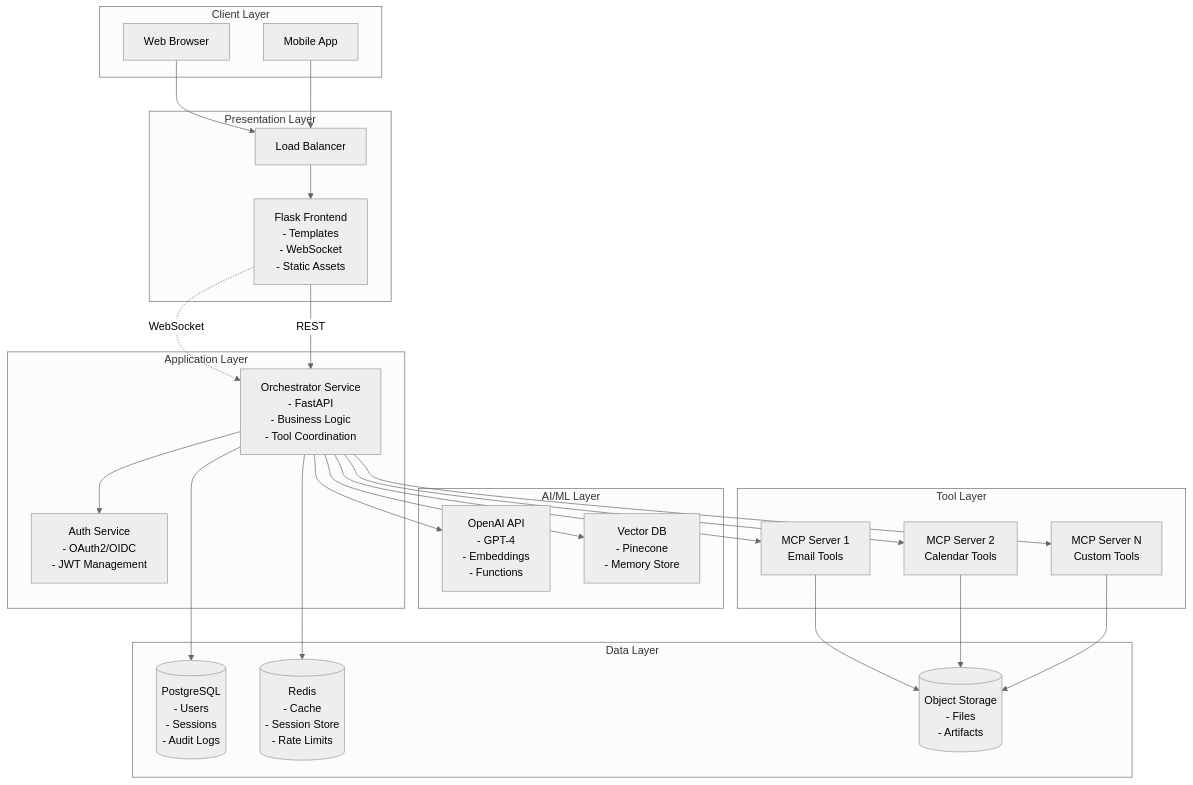
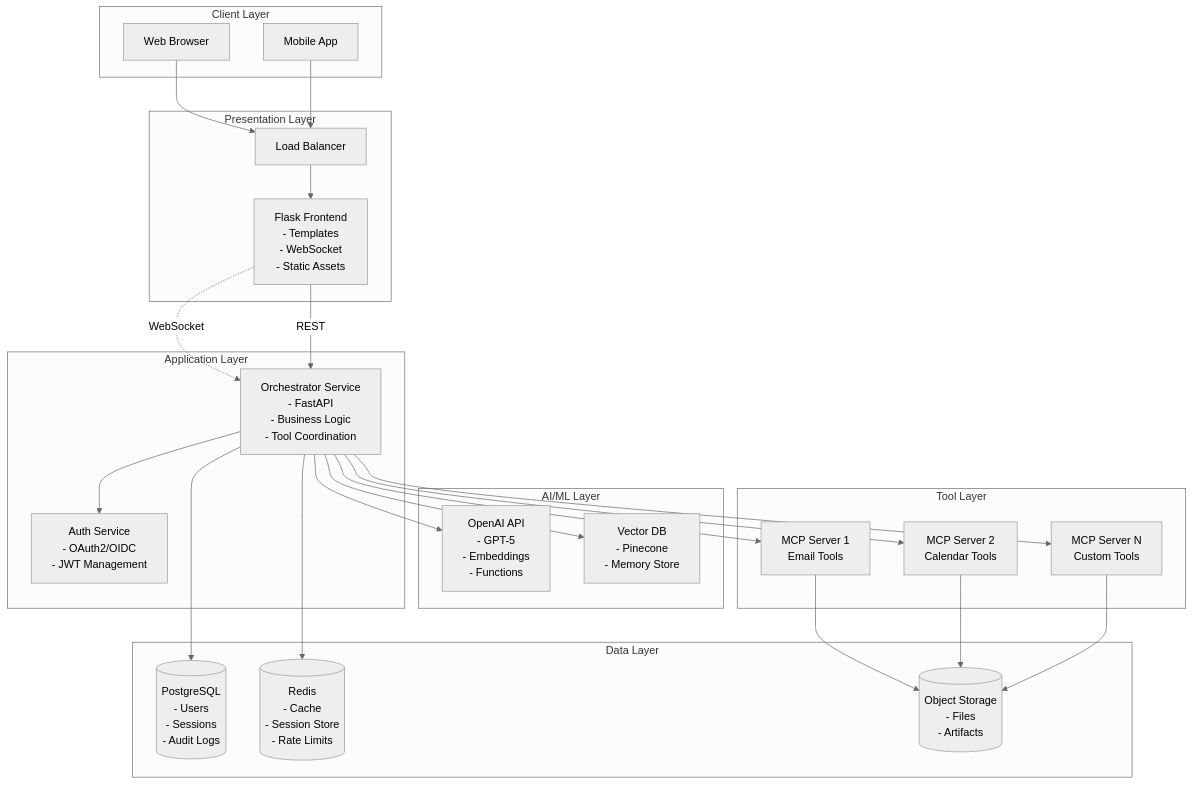
One commit to TSGCFO/openai-practice-app changed the first of 7 diagrams in docs/system_architecture.md. Above: the diagram before and after it, drawn with Mermaid (neutral theme). The commit also changed 7 other files, not shown here.

First line of the commit message:
Update OpenAI model references from GPT-4 to GPT-5

````diff
--- a/docs/system_architecture.md
+++ b/docs/system_architecture.md
@@ -73,51 +73,51 @@
 ```mermaid
 graph TB
     subgraph "Client Layer"
         Browser[Web Browser]
         Mobile[Mobile App]
     end
     
     subgraph "Presentation Layer"
         LB[Load Balancer]
         Flask[Flask Frontend<br/>- Templates<br/>- WebSocket<br/>- Static Assets]
     end
     
     subgraph "Application Layer"
         Orch[Orchestrator Service<br/>- FastAPI<br/>- Business Logic<br/>- Tool Coordination]
         Auth[Auth Service<br/>- OAuth2/OIDC<br/>- JWT Management]
     end
     
     subgraph "AI/ML Layer"
-        OpenAI[OpenAI API<br/>- GPT-4<br/>- Embeddings<br/>- Functions]
+        OpenAI[OpenAI API<br/>- GPT-5<br/>- Embeddings<br/>- Functions]
         Vector[Vector DB<br/>- Pinecone<br/>- Memory Store]
     end
     
     subgraph "Tool Layer"
         MCP1[MCP Server 1<br/>Email Tools]
         MCP2[MCP Server 2<br/>Calendar Tools]
         MCP3[MCP Server N<br/>Custom Tools]
     end
     
     subgraph "Data Layer"
         PG[(PostgreSQL<br/>- Users<br/>- Sessions<br/>- Audit Logs)]
         Redis[(Redis<br/>- Cache<br/>- Session Store<br/>- Rate Limits)]
         S3[(Object Storage<br/>- Files<br/>- Artifacts)]
     end
     
     Browser --> LB
     Mobile --> LB
     LB --> Flask
     Flask -.->|WebSocket| Orch
     Flask -->|REST| Orch
     Orch --> Auth
     Orch --> OpenAI
     Orch --> Vector
     Orch --> MCP1
     Orch --> MCP2
     Orch --> MCP3
     Orch --> PG
     Orch --> Redis
     MCP1 --> S3
     MCP2 --> S3
     MCP3 --> S3
 ```
````
